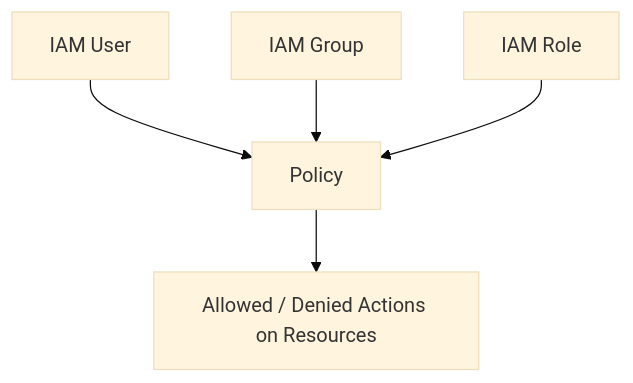
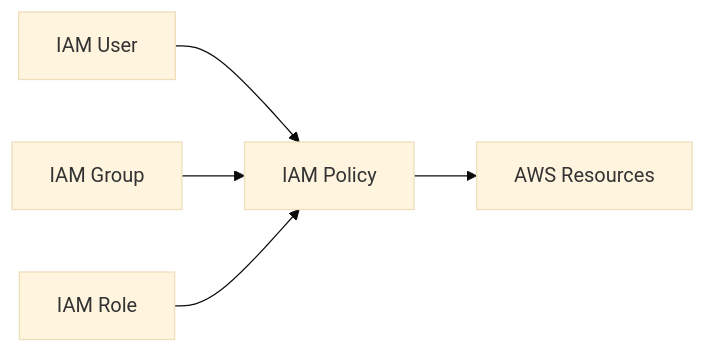
The second of 5 diagrams in content/posts/02.Security/aws/aws-ccp-2/index.md (noir1458/noir1458.github.io), drawn with Mermaid (base theme) before and after one commit. The commit also changed other lines of this file and 4 other files, not shown here.

````diff
--- a/content/posts/02.Security/aws/aws-ccp-2/index.md
+++ b/content/posts/02.Security/aws/aws-ccp-2/index.md
@@ -139,7 +96,7 @@
 ```mermaid
-flowchart TD
-    U[IAM User] --> P[Policy]
+flowchart LR
+    U[IAM User] --> P[IAM Policy]
     G[IAM Group] --> P
     R[IAM Role] --> P
-    P --> A[Allowed / Denied Actions on Resources]
+    P --> A[AWS Resources]
 ```
````
